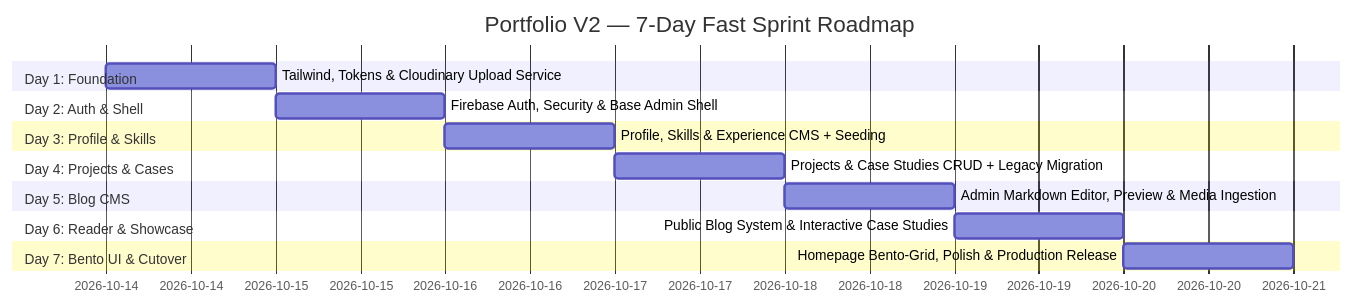
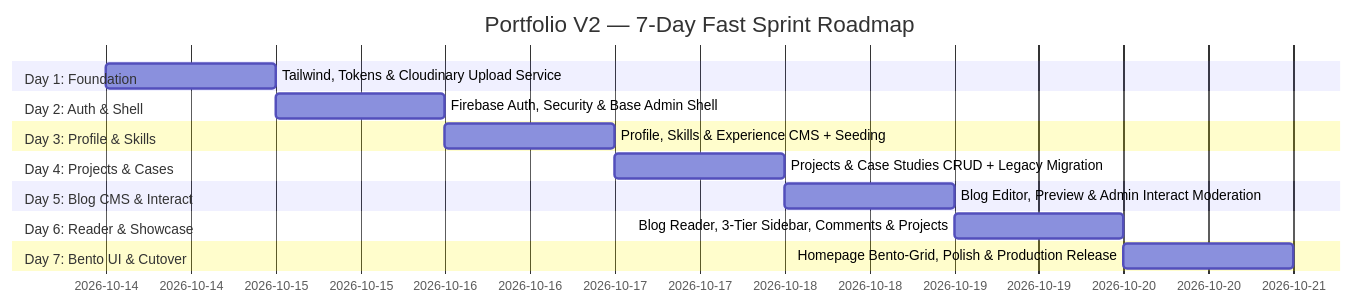
Before and after one commit to Piyush-Bhagwat/portfolio: the fourth of 4 diagrams in V2/architecture.md, drawn with Mermaid. The commit also changed other lines of this file and 18 other files, not shown here.

````diff
--- a/V2/architecture.md
+++ b/V2/architecture.md
@@ -472,19 +654,19 @@
 ```mermaid
 gantt
     title Portfolio V2 — 7-Day Fast Sprint Roadmap
     dateFormat  YYYY-MM-DD
     section Day 1: Foundation
     Tailwind, Tokens & Cloudinary Upload Service   :d1, 2026-10-14, 1d
     section Day 2: Auth & Shell
     Firebase Auth, Security & Base Admin Shell      :d2, 2026-10-15, 1d
     section Day 3: Profile & Skills
     Profile, Skills & Experience CMS + Seeding     :d3, 2026-10-16, 1d
     section Day 4: Projects & Cases
     Projects & Case Studies CRUD + Legacy Migration:d4, 2026-10-17, 1d
-    section Day 5: Blog CMS
-    Admin Markdown Editor, Preview & Media Ingestion:d5, 2026-10-18, 1d
+    section Day 5: Blog CMS & Interact
+    Blog Editor, Preview & Admin Interact Moderation:d5, 2026-10-18, 1d
     section Day 6: Reader & Showcase
-    Public Blog System & Interactive Case Studies  :d6, 2026-10-19, 1d
+    Blog Reader, 3-Tier Sidebar, Comments & Projects:d6, 2026-10-19, 1d
     section Day 7: Bento UI & Cutover
     Homepage Bento-Grid, Polish & Production Release:d7, 2026-10-20, 1d
 ```
````
